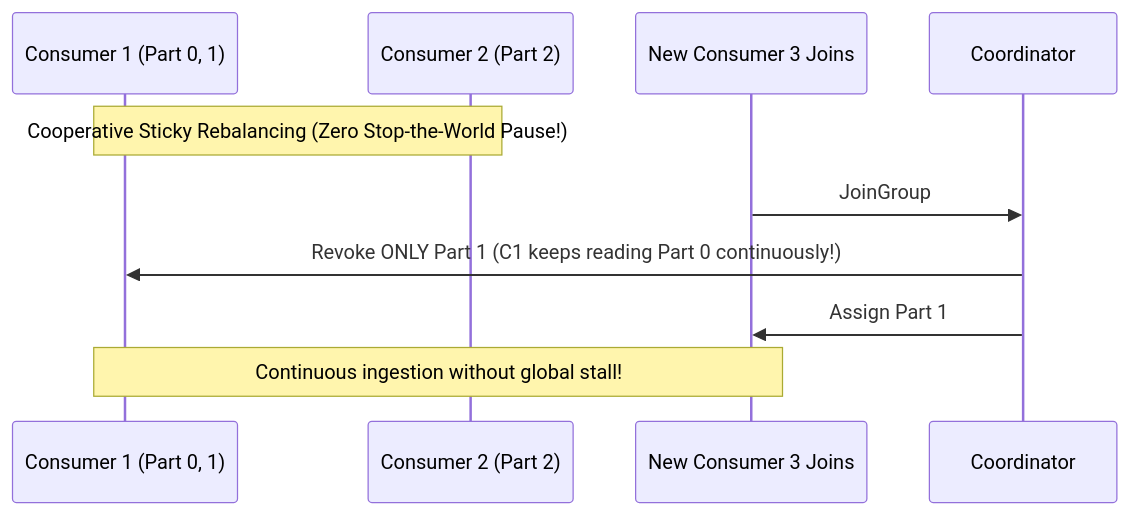
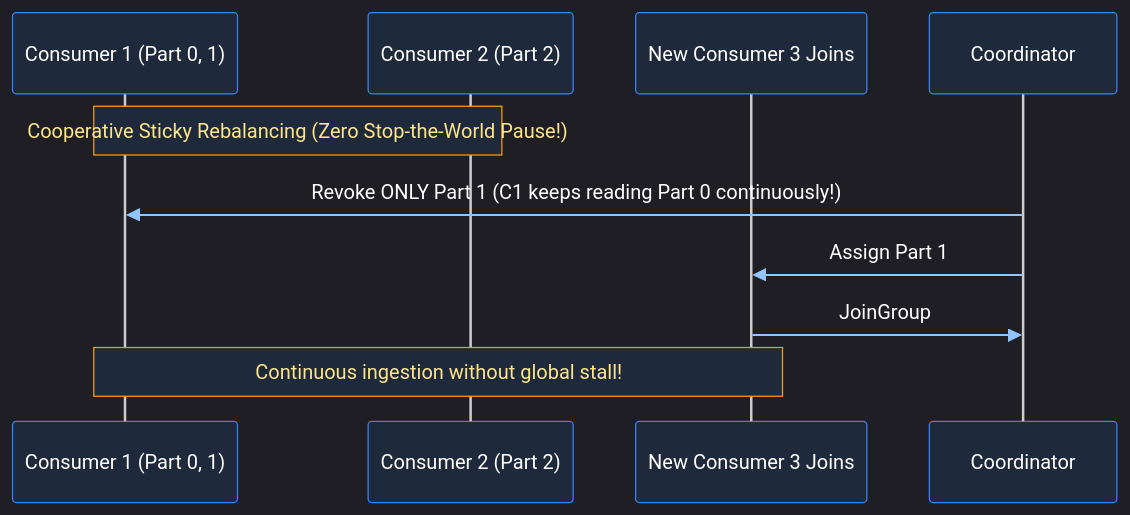
One commit to joydeep-biswas/Interview-Preparation changed the seventh of 13 diagrams in Data Engineering/11_streaming_and_kafka_event_streaming.md. Above: the diagram before and after it, drawn with Mermaid. The commit also changed other lines of this file and 76 other files, not shown here.

Commit message:
Updated Charts

````diff
--- a/Data Engineering/11_streaming_and_kafka_event_streaming.md
+++ b/Data Engineering/11_streaming_and_kafka_event_streaming.md
@@ -528,12 +531,13 @@
 ```mermaid
+%%{init: {'theme': 'dark', 'themeVariables': { 'actorBkg': '#1e293b', 'actorBorder': '#3b82f6', 'actorTextColor': '#ffffff', 'signalColor': '#93c5fd', 'signalTextColor': '#ffffff', 'noteBkgColor': '#1e293b', 'noteBorderColor': '#f59e0b', 'noteTextColor': '#fde68a', 'activationBkgColor': '#3b82f6', 'sequenceNumberColor': '#ffffff' }}}%%
 sequenceDiagram
     participant C1 as Consumer 1 (Part 0, 1)
     participant C2 as Consumer 2 (Part 2)
     participant C3 as New Consumer 3 Joins
 
-    Note over C1,C2: Cooperative Sticky Rebalancing (Zero Stop-the-World Pause!)
-    C3->>Coordinator: JoinGroup
-    Coordinator->>C1: Revoke ONLY Part 1 (C1 keeps reading Part 0 continuously!)
-    Coordinator->>C3: Assign Part 1
-    Note over C1,C3: Continuous ingestion without global stall!
+    Note over C1, C2: Cooperative Sticky Rebalancing (Zero Stop-the-World Pause!)
+    Coordinator ->> C1: Revoke ONLY Part 1 (C1 keeps reading Part 0 continuously!)
+    Coordinator ->> C3: Assign Part 1
+    C3 ->> Coordinator: JoinGroup
+    Note over C1, C3: Continuous ingestion without global stall!
 ```
````
